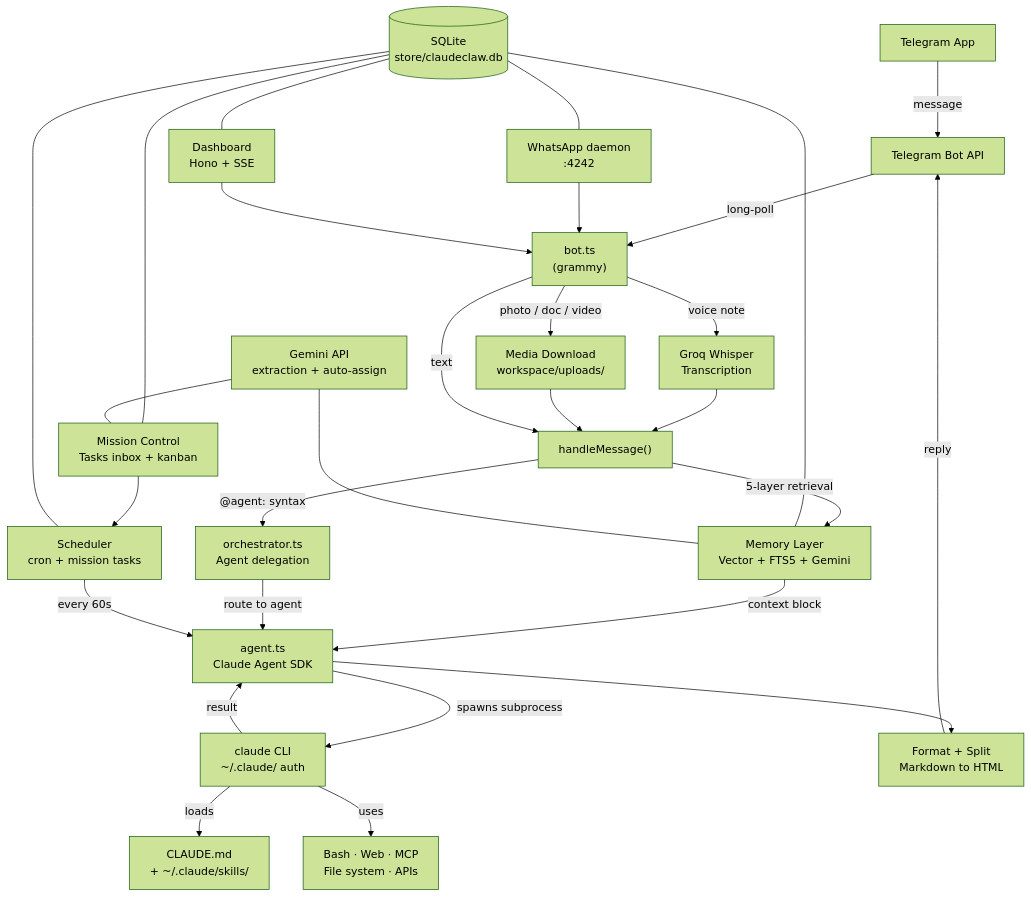
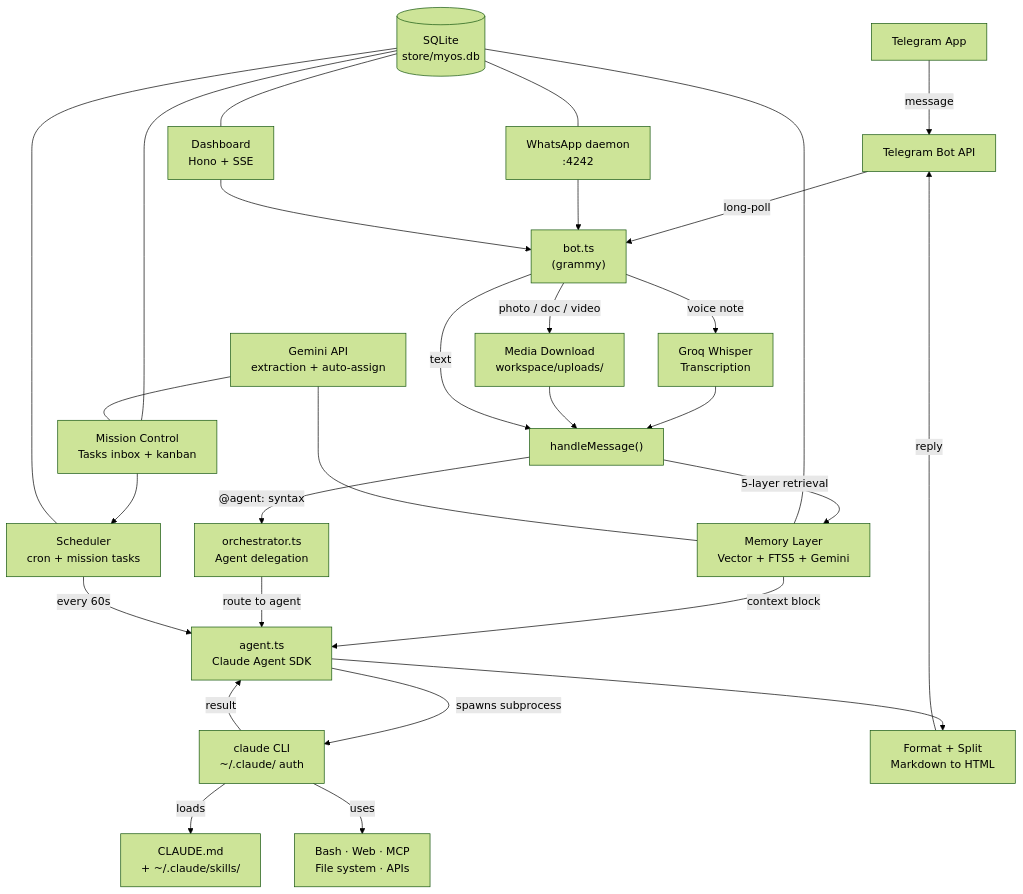
The diagram in README.md (ruanmarkram-hash/MyOS), drawn with Mermaid (forest theme) before and after one commit. The commit also changed other lines of this file and 113 other files, not shown here.

````diff
--- a/README.md
+++ b/README.md
@@ -1525,39 +1525,39 @@
 ```mermaid
 flowchart TD
     Phone["Telegram App"] -->|message| TGAPI["Telegram Bot API"]
     TGAPI -->|long-poll| Bot["bot.ts\n(grammy)"]
 
     Bot -->|voice note| STT["Groq Whisper\nTranscription"]
     Bot -->|photo / doc / video| DL["Media Download\nworkspace/uploads/"]
     STT --> Handler
     DL --> Handler
     Bot -->|text| Handler["handleMessage()"]
 
     Handler -->|"5-layer retrieval"| Mem["Memory Layer\nVector + FTS5 + Gemini"]
     Mem -->|context block| Agent
 
     Handler -->|"@agent: syntax"| Orch["orchestrator.ts\nAgent delegation"]
     Orch -->|route to agent| Agent
 
     Agent["agent.ts\nClaude Agent SDK"] -->|spawns subprocess| CC["claude CLI\n~/.claude/ auth"]
     CC -->|loads| Config["CLAUDE.md\n+ ~/.claude/skills/"]
     CC -->|uses| Tools["Bash · Web · MCP\nFile system · APIs"]
     CC -->|result| Agent
 
     Agent --> Format["Format + Split\nMarkdown to HTML"]
     Format -->|reply| TGAPI
 
     Sched["Scheduler\ncron + mission tasks"] -->|every 60s| Agent
     WA["WhatsApp daemon\n:4242"] --> Bot
     Dashboard["Dashboard\nHono + SSE"] --> Bot
     Mission["Mission Control\nTasks inbox + kanban"] --> Sched
 
-    DB[("SQLite\nstore/claudeclaw.db")] --- Mem
+    DB[("SQLite\nstore/myos.db")] --- Mem
     DB --- Sched
     DB --- WA
     DB --- Dashboard
     DB --- Mission
 
     Gemini["Gemini API\nextraction + auto-assign"] --- Mem
     Gemini --- Mission
 ```
````
